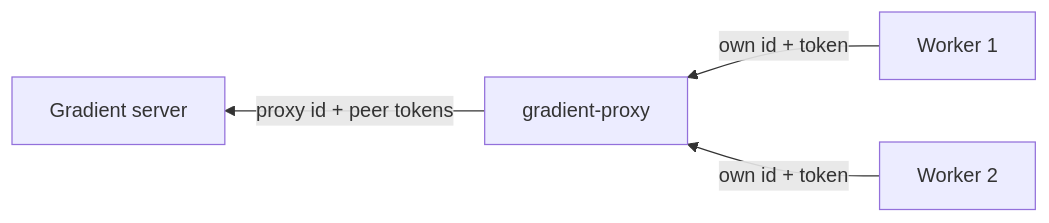
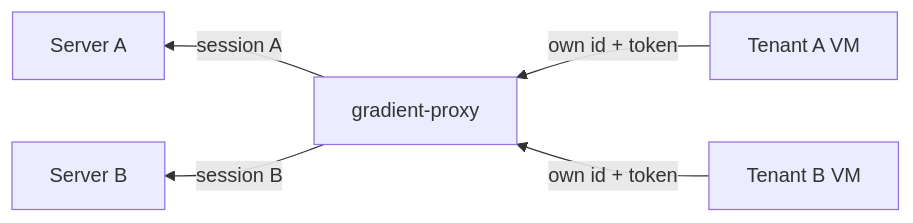
One commit to wavelens/gradient changed the diagram in docs/src/contributors/proto/federation.md. Above: the diagram before and after it, drawn with Mermaid. The commit also changed other lines of this file, not shown here.

Commit message:
docs: docs: describe the multi-tenant proxy and its Hetzner workers

````diff
--- a/docs/src/contributors/proto/federation.md
+++ b/docs/src/contributors/proto/federation.md
@@ -5,6 +5,7 @@
 ```mermaid
-graph RL
-    W1[Worker 1] -->|own id + token| P[gradient-proxy]
-    W2[Worker 2] -->|own id + token| P
-    P -->|proxy id + peer tokens| S[Gradient server]
+flowchart RL
+    VA[Tenant A VM] -->|own id + token| P[gradient-proxy]
+    VB[Tenant B VM] -->|own id + token| P
+    P -->|session A| SA[Server A]
+    P -->|session B| SB[Server B]
 ```
````
